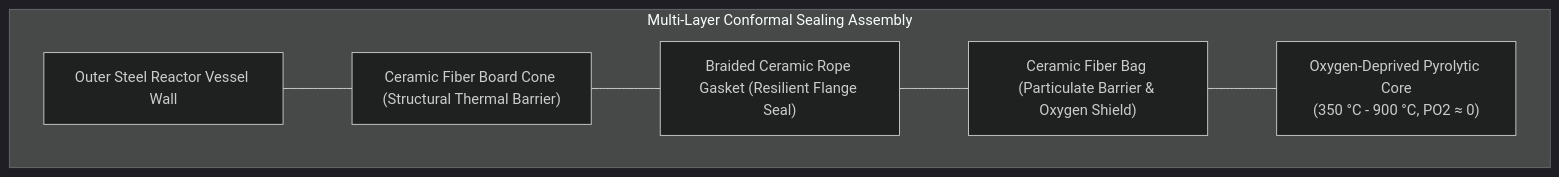
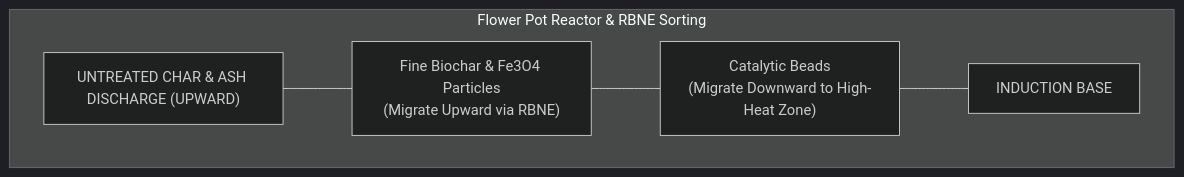
The second of 3 diagrams in paper/paper.md (PubInv/Biochar-Toilet), drawn with Mermaid (dark theme) before and after one commit. The commit also changed other lines of this file and 1 other file, not shown here.

First line of the commit message:
Update paper with full thermodynamic and system architecture analysis

````diff
--- a/paper/paper.md
+++ b/paper/paper.md
@@ -158,15 +232,13 @@
 ```mermaid
 graph TD
-    subgraph Sealing["Multi-Layer Conformal Sealing Assembly"]
-        A["Outer Steel Reactor Vessel Wall"]
-        B["Ceramic Fiber Board Cone (Structural Thermal Barrier)"]
-        C["Braided Ceramic Rope Gasket (Resilient Flange Seal)"]
-        D["Ceramic Fiber Bag (Particulate Barrier & Oxygen Shield)"]
-        E["Oxygen-Deprived Pyrolytic Core<br/>(350 °C - 900 °C, PO2 ≈ 0)"]
+    subgraph RBNE["Flower Pot Reactor & RBNE Sorting"]
+        A["UNTREATED CHAR & ASH DISCHARGE (UPWARD)"]
+        B["Fine Biochar & Fe3O4 Particles<br/>(Migrate Upward via RBNE)"]
+        C["Catalytic Beads<br/>(Migrate Downward to High-Heat Zone)"]
+        D["INDUCTION BASE"]
 
         A --- B
         B --- C
         C --- D
-        D --- E
     end
 ```
````
